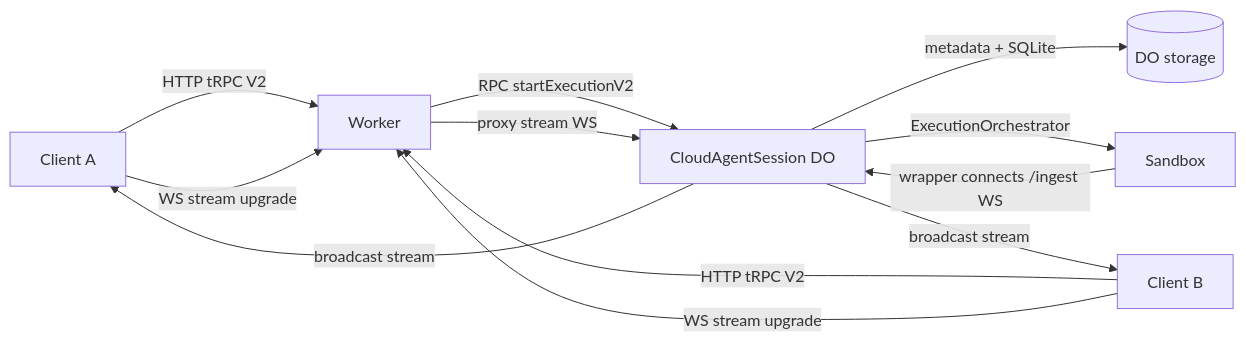
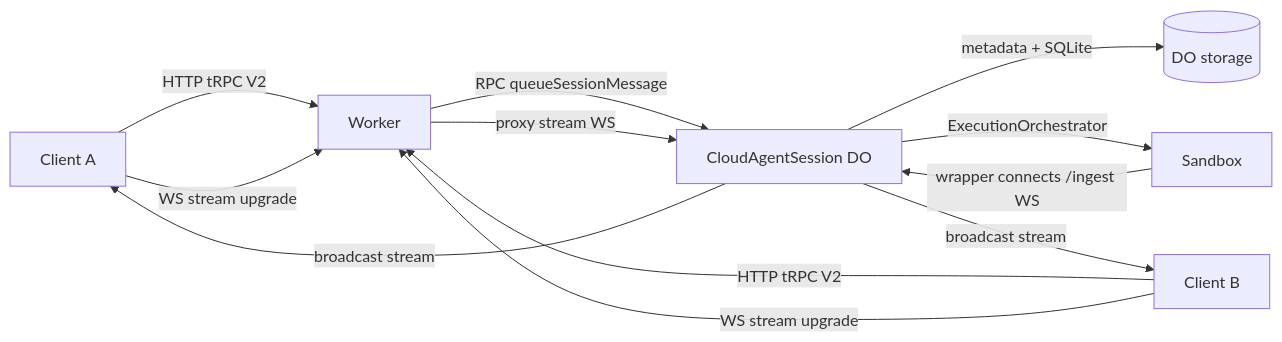
One commit to Kilo-Org/cloud changed the first of 9 diagrams in services/cloud-agent-next/docs/diagrams.md. Above: the diagram before and after it, drawn with Mermaid. The commit also changed other lines of this file and 180 other files, not shown here.

Commit message:
refactor(cloud-agent-next): replace execution-centric session management

````diff
--- a/services/cloud-agent-next/docs/diagrams.md
+++ b/services/cloud-agent-next/docs/diagrams.md
@@ -10,14 +10,14 @@
 ```mermaid
 flowchart LR
   clientA[Client A] -->|HTTP tRPC V2| worker[Worker]
   clientB[Client B] -->|HTTP tRPC V2| worker
   clientA -->|WS stream upgrade| worker
   clientB -->|WS stream upgrade| worker
-  worker -->|RPC startExecutionV2| do[CloudAgentSession DO]
+  worker -->|RPC queueSessionMessage| do[CloudAgentSession DO]
   worker -->|proxy stream WS| do
   do -->|metadata + SQLite| storage[(DO storage)]
   do -->|ExecutionOrchestrator| sandbox[Sandbox]
   sandbox -->|wrapper connects /ingest WS| do
   do -->|broadcast stream| clientA
   do -->|broadcast stream| clientB
 ```
````
